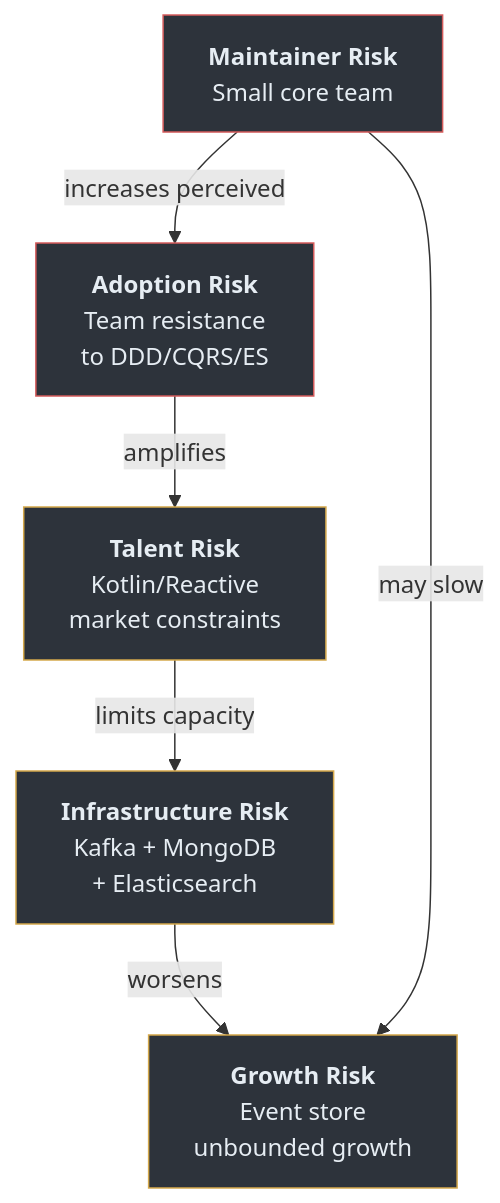
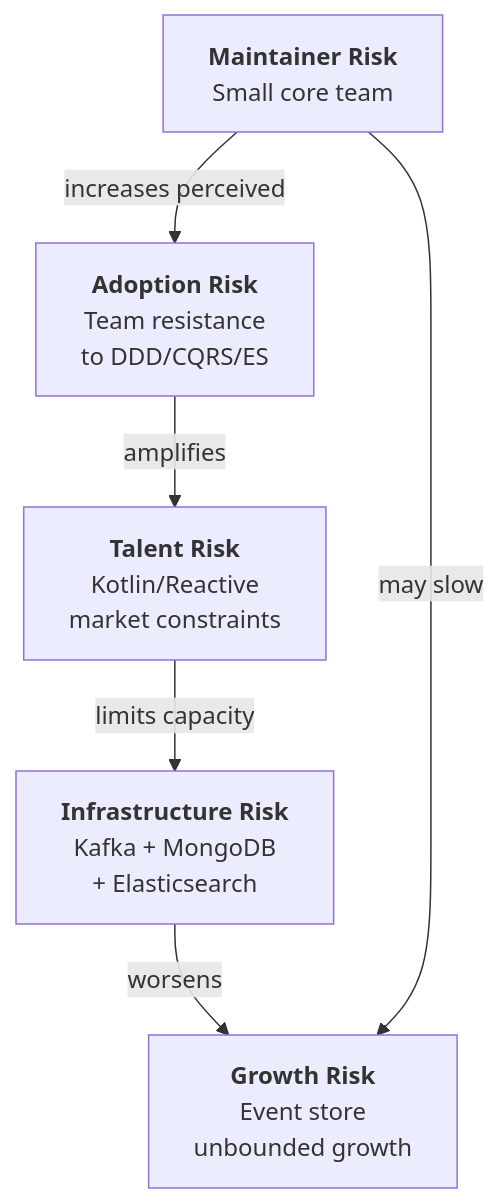
The fourth of 7 diagrams in documentation/docs/en/onboarding/executive-guide.md (Ahoo-Wang/Wow), drawn with Mermaid before and after one commit. The commit also changed other lines of this file and 32 other files, not shown here.

Commit message:
docs: remove unsupported style/classDef directives from stateDiagram-v2 Mermaid blocks

````diff
--- a/documentation/docs/en/onboarding/executive-guide.md
+++ b/documentation/docs/en/onboarding/executive-guide.md
@@ -215,20 +185,15 @@
 ```mermaid
 graph TB
     ADOPTION["<b>Adoption Risk</b><br>Team resistance<br>to DDD/CQRS/ES"]
     TALENT["<b>Talent Risk</b><br>Kotlin/Reactive<br>market constraints"]
     INFRA["<b>Infrastructure Risk</b><br>Kafka + MongoDB<br>+ Elasticsearch"]
     MAINT["<b>Maintainer Risk</b><br>Small core team"]
     GROWTH["<b>Growth Risk</b><br>Event store<br>unbounded growth"]
 
     ADOPTION -->|"amplifies"| TALENT
     TALENT -->|"limits capacity"| INFRA
     INFRA -->|"worsens"| GROWTH
     MAINT -->|"increases perceived"| ADOPTION
     MAINT -->|"may slow"| GROWTH
 
-    style ADOPTION fill:#2d333b,stroke:#d45b5b,color:#e6edf3
-    style TALENT fill:#2d333b,stroke:#d4a84b,color:#e6edf3
-    style INFRA fill:#2d333b,stroke:#d4a84b,color:#e6edf3
-    style MAINT fill:#2d333b,stroke:#d45b5b,color:#e6edf3
-    style GROWTH fill:#2d333b,stroke:#d4a84b,color:#e6edf3
 ```
````
